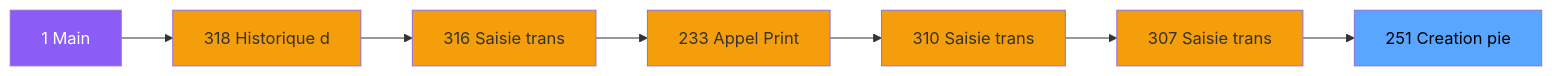
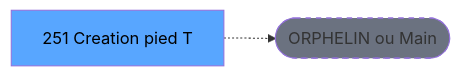
Before and after one commit to thonyAGP/lecteur-magic: the second of 3 diagrams in .openspec/specs/ADH-IDE-251.md, drawn with Mermaid. The commit also changed other lines of this file and 701 other files, not shown here.

````diff
--- a/.openspec/specs/ADH-IDE-251.md
+++ b/.openspec/specs/ADH-IDE-251.md
@@ -117,23 +117,8 @@
 ```mermaid
 graph LR
-    M[1 Main]
-    N318[318 Historique d]
-    N316[316 Saisie trans]
-    N233[233 Appel Print ]
-    N310[310 Saisie trans]
-    N307[307 Saisie trans]
-    T[251 Creation pie]
-    M --> N318
-    N318 --> N316
-    N316 --> N233
-    N233 --> N310
-    N310 --> N307
-    N307 --> T
-    style M fill:#8b5cf6,color:#fff
-    style N318 fill:#f59e0b
-    style N316 fill:#f59e0b
-    style N233 fill:#f59e0b
-    style N310 fill:#f59e0b
-    style N307 fill:#f59e0b
+    T[251 Creation pied T]
+    ORPHAN([ORPHELIN ou Main])
+    T -.-> ORPHAN
     style T fill:#58a6ff,color:#000
+    style ORPHAN fill:#6b7280,stroke-dasharray: 5 5
 ```
````
